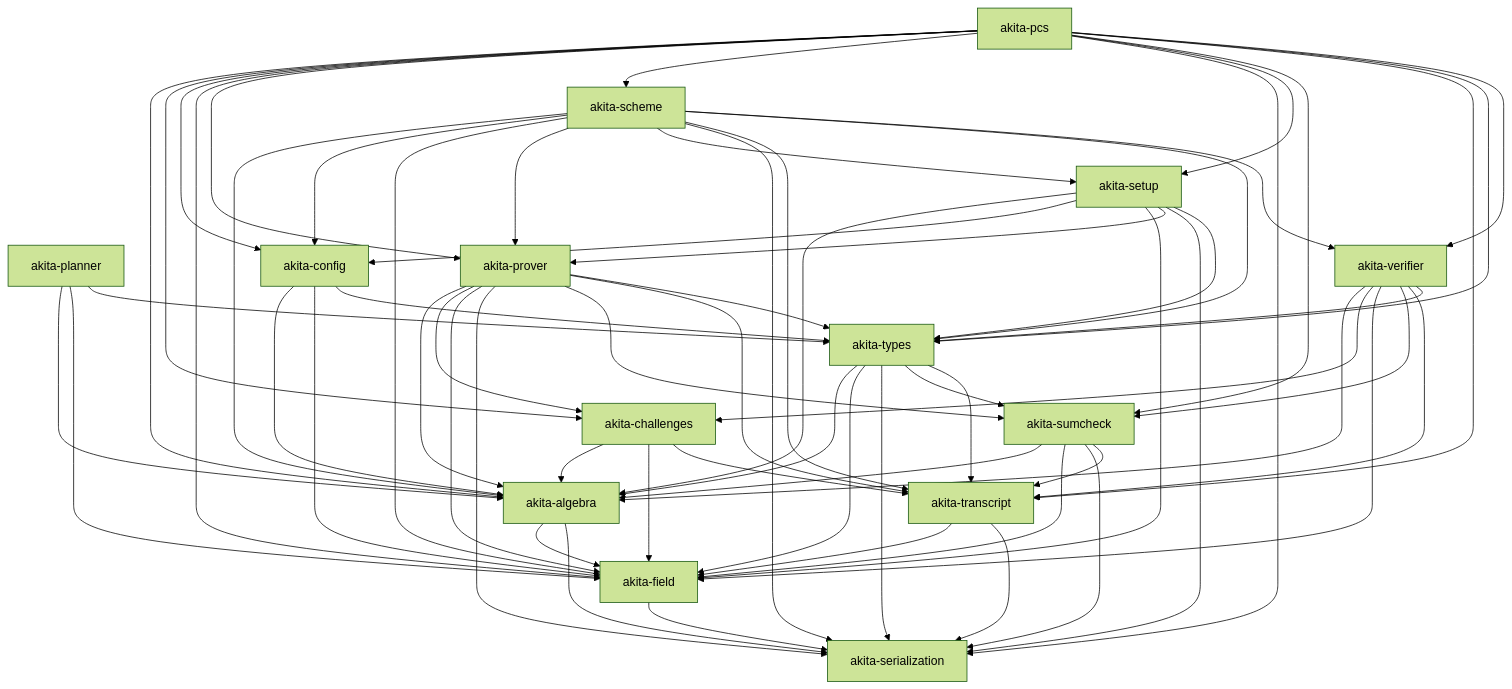
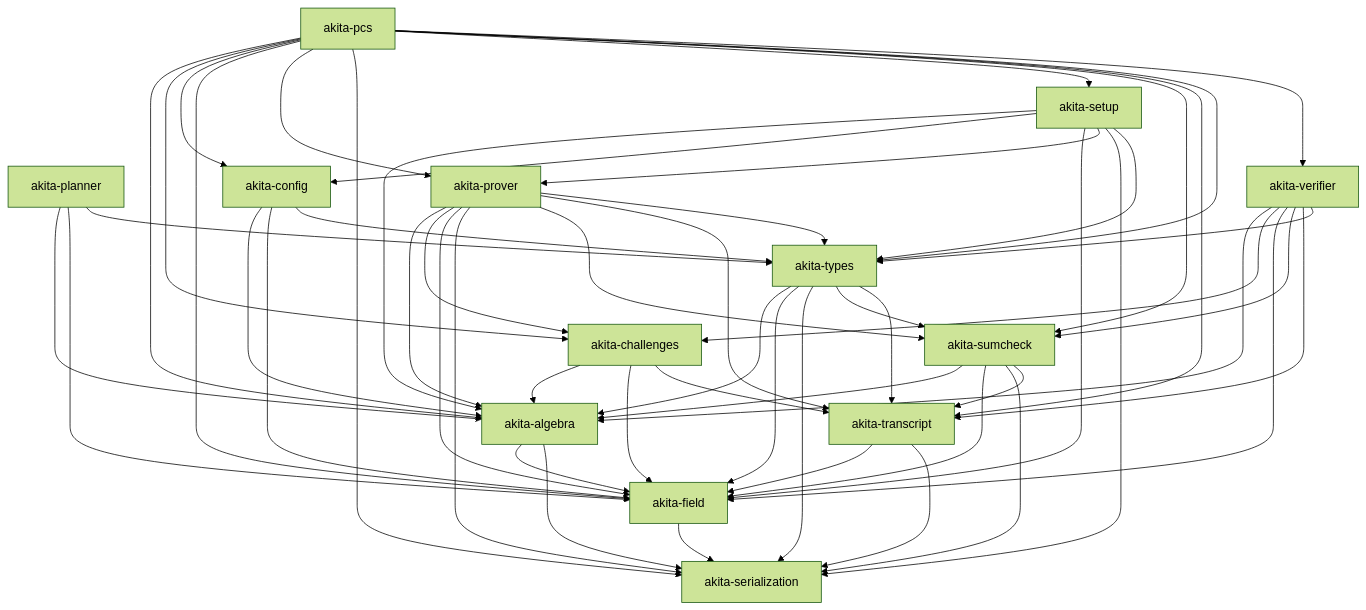
One commit to LayerZero-Labs/akita changed the diagram in docs/crate-graph.md. Above: the diagram before and after it, drawn with Mermaid (forest theme). The commit also changed other lines of this file and 28 other files, not shown here.

First line of the commit message:
refactor: consolidate scheme into pcs

````diff
--- a/docs/crate-graph.md
+++ b/docs/crate-graph.md
@@ -9,81 +9,70 @@
 ```mermaid
 graph TD
   Ser["akita-serialization"]
   Field["akita-field"]
   Algebra["akita-algebra"]
   Transcript["akita-transcript"]
   Challenges["akita-challenges"]
   Sumcheck["akita-sumcheck"]
   Types["akita-types"]
   Planner["akita-planner"]
   Config["akita-config"]
   Verifier["akita-verifier"]
   Prover["akita-prover"]
   Setup["akita-setup"]
-  Scheme["akita-scheme"]
   Pcs["akita-pcs"]
 
   Field --> Ser
   Algebra --> Field
   Algebra --> Ser
   Transcript --> Field
   Transcript --> Ser
   Challenges --> Algebra
   Challenges --> Field
   Challenges --> Transcript
   Sumcheck --> Algebra
   Sumcheck --> Field
   Sumcheck --> Ser
   Sumcheck --> Transcript
   Types --> Algebra
   Types --> Field
   Types --> Ser
   Types --> Sumcheck
   Types --> Transcript
   Planner --> Algebra
   Planner --> Field
   Planner --> Types
   Config --> Algebra
   Config --> Field
   Config --> Types
   Verifier --> Algebra
   Verifier --> Challenges
   Verifier --> Field
   Verifier --> Sumcheck
   Verifier --> Transcript
   Verifier --> Types
   Prover --> Algebra
   Prover --> Challenges
   Prover --> Field
   Prover --> Ser
   Prover --> Sumcheck
   Prover --> Transcript
   Prover --> Types
   Setup --> Algebra
   Setup --> Config
   Setup --> Field
   Setup --> Prover
   Setup --> Ser
   Setup --> Types
-  Scheme --> Algebra
-  Scheme --> Config
-  Scheme --> Field
-  Scheme --> Prover
-  Scheme --> Setup
-  Scheme --> Ser
-  Scheme --> Transcript
-  Scheme --> Types
-  Scheme --> Verifier
   Pcs --> Algebra
   Pcs --> Challenges
   Pcs --> Config
   Pcs --> Field
   Pcs --> Prover
-  Pcs --> Scheme
   Pcs --> Ser
   Pcs --> Setup
   Pcs --> Sumcheck
   Pcs --> Transcript
   Pcs --> Types
   Pcs --> Verifier
 ```
````
